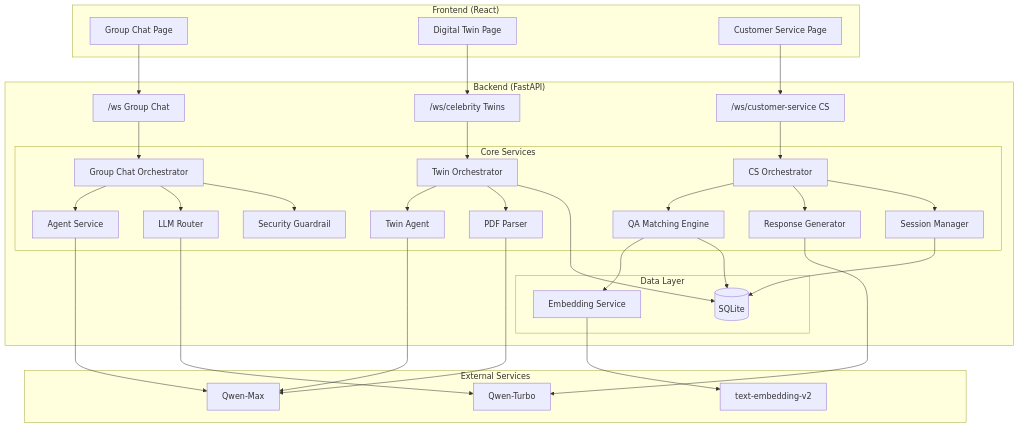
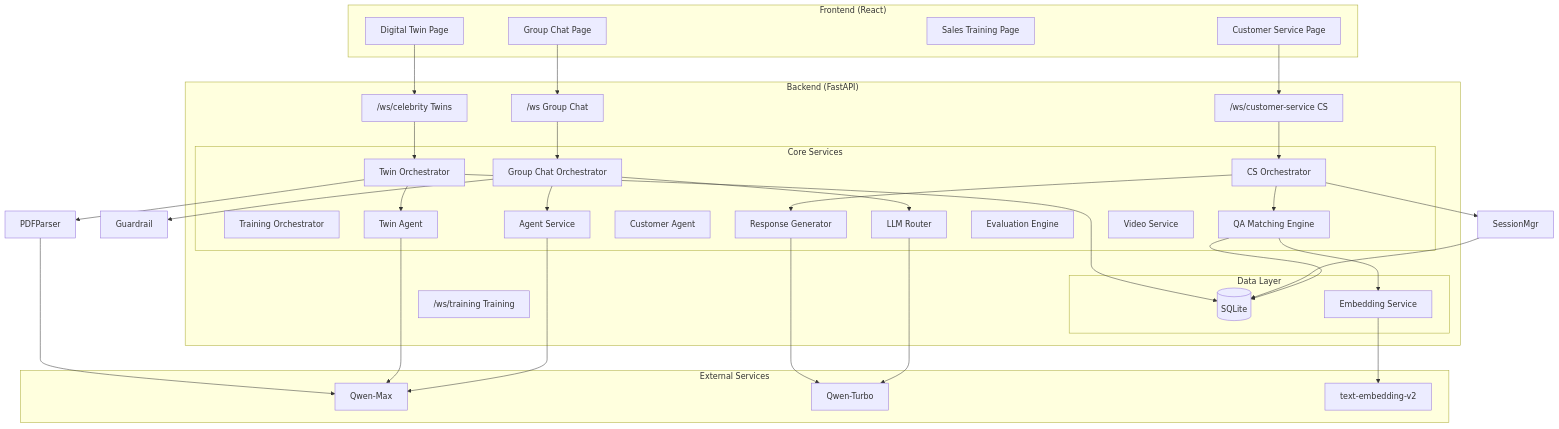
One commit to GISER-KING/VividCrowd changed the diagram in README_EN.md. Above: the diagram before and after it, drawn with Mermaid. The commit also changed other lines of this file and 3 other files, not shown here.

````diff
--- a/README_EN.md
+++ b/README_EN.md
@@ -364,74 +448,77 @@
 ```mermaid
 graph TD
     subgraph Frontend["Frontend (React)"]
         GroupChat[Group Chat Page]
         Celebrity[Digital Twin Page]
+        SalesCopilot[Sales Training Page]
         CustomerService[Customer Service Page]
     end
 
     subgraph Backend["Backend (FastAPI)"]
         WS1["/ws Group Chat"]
         WS2["/ws/celebrity Twins"]
         WS3["/ws/customer-service CS"]
+        WS4["/ws/training Training"]
 
         subgraph Services["Core Services"]
             Orchestrator[Group Chat Orchestrator]
             CelebrityOrch[Twin Orchestrator]
             CSOrch[CS Orchestrator]
+            TrainingOrch[Training Orchestrator]
 
             Agent[Agent Service]
             CelebrityAgent[Twin Agent]
+            CustomerAgent[Customer Agent]
 
             QAMatcher[QA Matching Engine]
             ResponseGen[Response Generator]
-            SessionMgr[Session Manager]
+            EvaluationEng[Evaluation Engine]
 
             Router[LLM Router]
-            Guardrail[Security Guardrail]
-            PDFParser[PDF Parser]
+            VideoSvc[Video Service]
         end
 
         subgraph Data["Data Layer"]
             DB[(SQLite)]
             Embedding[Embedding Service]
         end
     end
 
     subgraph External["External Services"]
         QwenMax[Qwen-Max]
         QwenTurbo[Qwen-Turbo]
         EmbeddingAPI[text-embedding-v2]
     end
 
     GroupChat --> WS1
     Celebrity --> WS2
     CustomerService --> WS3
 
     WS1 --> Orchestrator
     WS2 --> CelebrityOrch
     WS3 --> CSOrch
 
     Orchestrator --> Agent
     Orchestrator --> Router
     Orchestrator --> Guardrail
 
     CelebrityOrch --> CelebrityAgent
     CelebrityOrch --> PDFParser
 
     CSOrch --> QAMatcher
     CSOrch --> ResponseGen
     CSOrch --> SessionMgr
 
     Agent --> QwenMax
     CelebrityAgent --> QwenMax
     Router --> QwenTurbo
     ResponseGen --> QwenTurbo
 
     QAMatcher --> Embedding
     PDFParser --> QwenMax
     Embedding --> EmbeddingAPI
 
     QAMatcher --> DB
     SessionMgr --> DB
     CelebrityOrch --> DB
 ```
````
